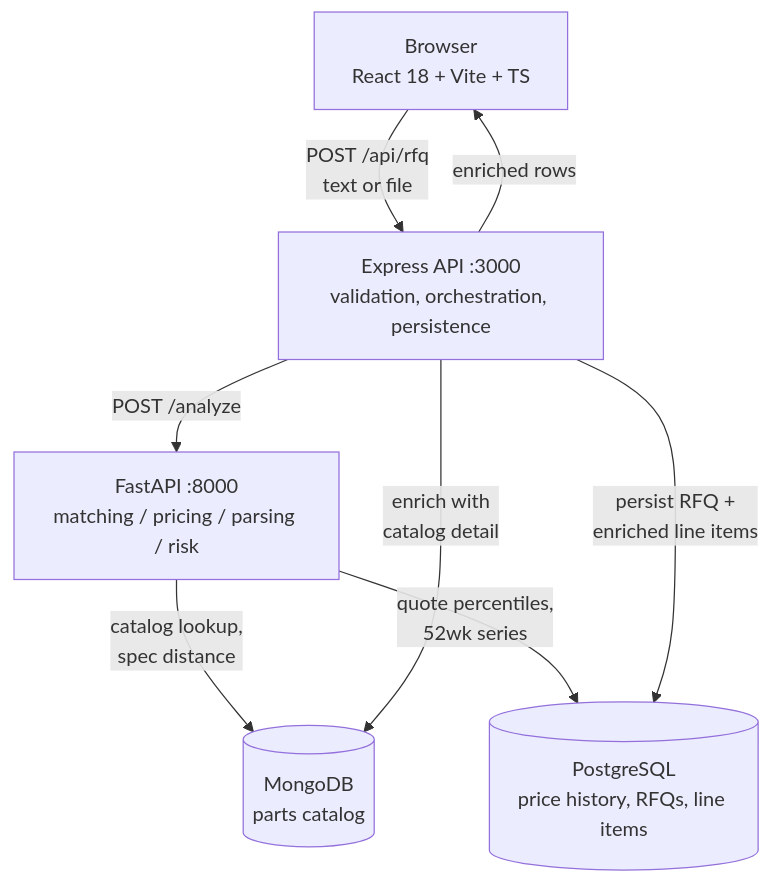
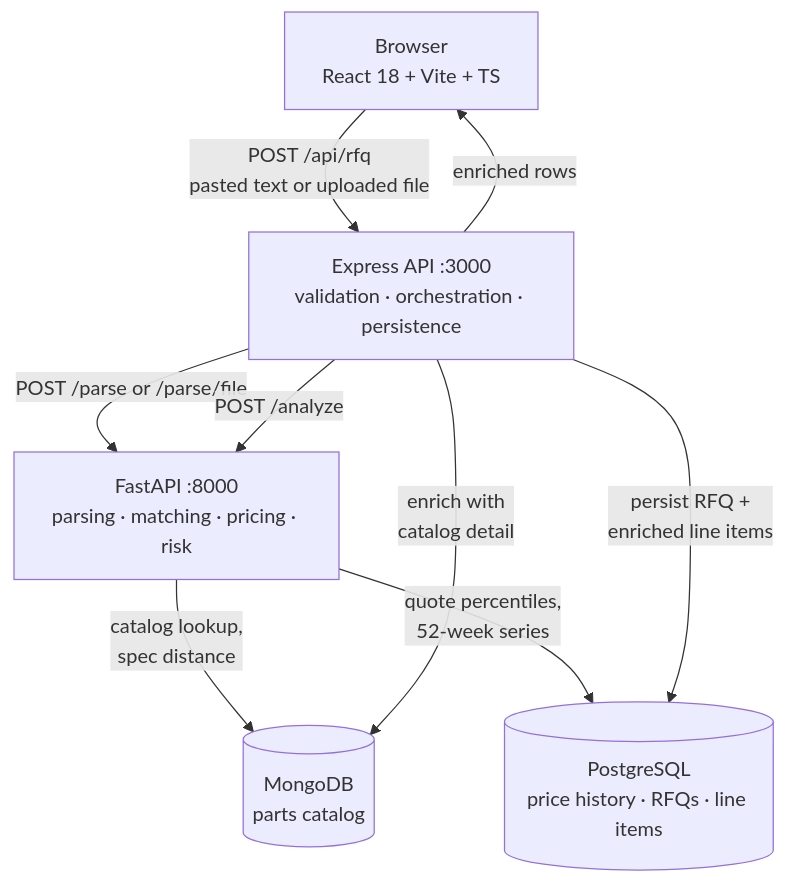
One commit to khamshayan/PartScope changed the diagram in docs/architecture.md. Above: the diagram before and after it, drawn with Mermaid. The commit also changed other lines of this file and 6 other files, not shown here.

````diff
--- a/docs/architecture.md
+++ b/docs/architecture.md
@@ -8,16 +9,17 @@
 ```mermaid
 flowchart TD
     B["Browser<br/>React 18 + Vite + TS"]
-    E["Express API :3000<br/>validation, orchestration, persistence"]
-    F["FastAPI :8000<br/>matching / pricing / parsing / risk"]
+    E["Express API :3000<br/>validation · orchestration · persistence"]
+    F["FastAPI :8000<br/>parsing · matching · pricing · risk"]
     M[("MongoDB<br/>parts catalog")]
-    P[("PostgreSQL<br/>price history, RFQs, line items")]
+    P[("PostgreSQL<br/>price history · RFQs · line items")]
 
-    B -->|"POST /api/rfq<br/>text or file"| E
+    B -->|"POST /api/rfq<br/>pasted text or uploaded file"| E
+    E -->|"POST /parse or /parse/file"| F
     E -->|"POST /analyze"| F
     F -->|"catalog lookup,<br/>spec distance"| M
-    F -->|"quote percentiles,<br/>52wk series"| P
+    F -->|"quote percentiles,<br/>52-week series"| P
     E -->|"persist RFQ +<br/>enriched line items"| P
     E -->|"enrich with<br/>catalog detail"| M
     E -->|"enriched rows"| B
 ```
````
